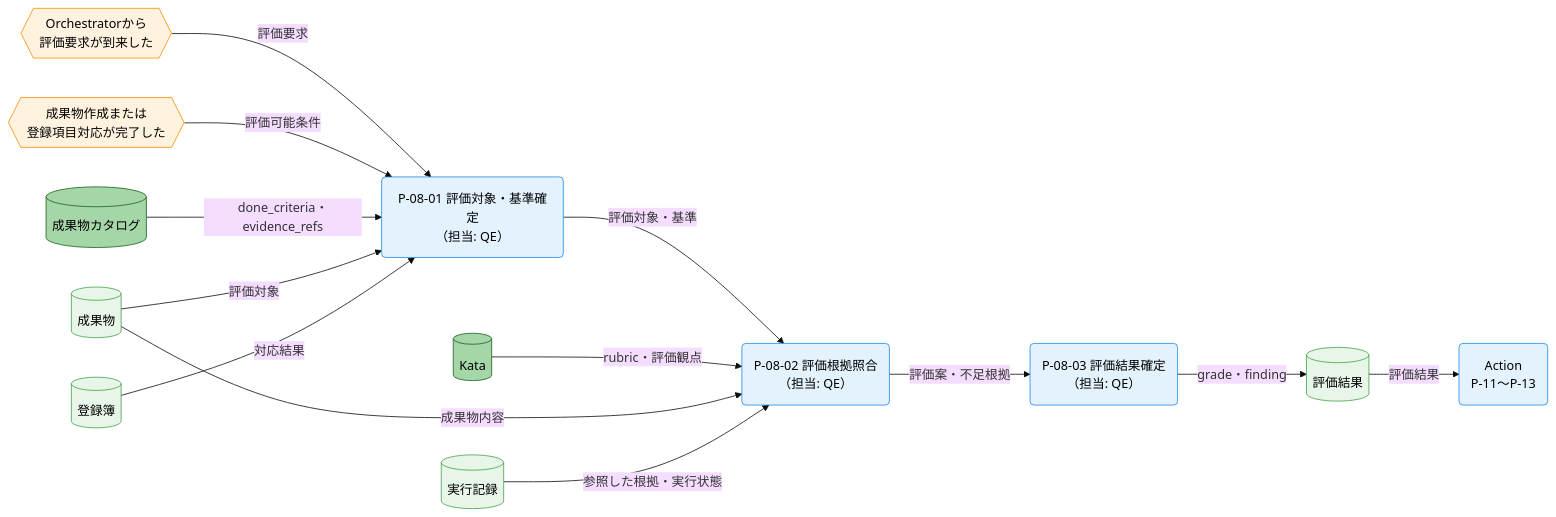
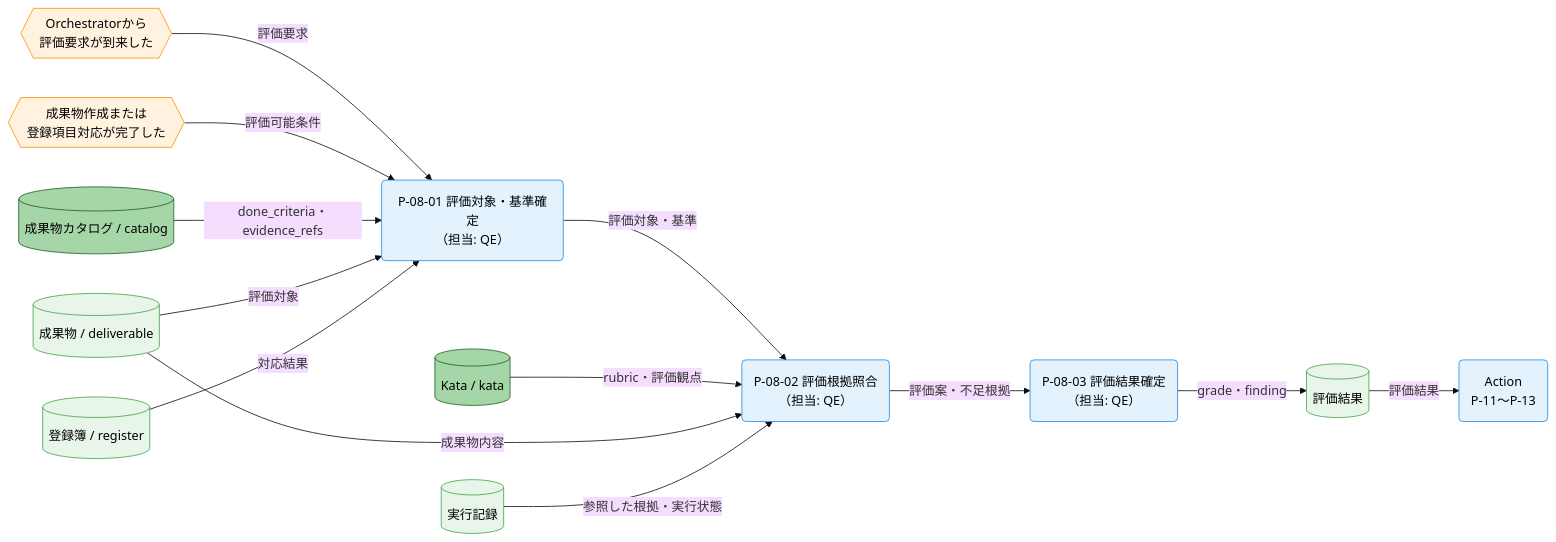
One commit to specdojo/specdojo changed the first of 3 diagrams in docs/ja/product/010-business-specs/010-data-flow/cdfd-check.md. Above: the diagram before and after it, drawn with Mermaid (base theme). The commit also changed other lines of this file and 14 other files, not shown here.

````diff
--- a/docs/ja/product/010-business-specs/010-data-flow/cdfd-check.md
+++ b/docs/ja/product/010-business-specs/010-data-flow/cdfd-check.md
@@ -162,38 +162,38 @@
 ```mermaid
 flowchart LR
   classDef process fill:#e3f2fd,stroke:#1e88e5,color:#000
   classDef event fill:#fff3e0,stroke:#fb8c00,color:#000
   classDef storeMaster fill:#a5d6a7,stroke:#1b5e20,color:#000
   classDef storeTransaction fill:#e8f5e9,stroke:#43a047,color:#000
 
   評価要求{{"Orchestratorから<br>評価要求が到来した"}}
   評価可能{{"成果物作成または<br>登録項目対応が完了した"}}
   評価対象基準確定("P-08-01 評価対象・基準確定<br>（担当: QE）")
   評価根拠照合("P-08-02 評価根拠照合<br>（担当: QE）")
   評価結果確定("P-08-03 評価結果確定<br>（担当: QE）")
-  Kata[("Kata")]
-  成果物カタログ[("成果物カタログ")]
-  成果物[("成果物")]
-  登録簿[("登録簿")]
+  Kata[("Kata / kata")]
+  成果物カタログ[("成果物カタログ / catalog")]
+  成果物[("成果物 / deliverable")]
+  登録簿[("登録簿 / register")]
   実行記録[("実行記録")]
   評価結果[("評価結果")]
   Action("Action<br>P-11〜P-13")
 
   評価要求 -->|"評価要求"| 評価対象基準確定
   評価可能 -->|"評価可能条件"| 評価対象基準確定
   成果物カタログ -->|"done_criteria・evidence_refs"| 評価対象基準確定
   成果物 -->|"評価対象"| 評価対象基準確定
   登録簿 -->|"対応結果"| 評価対象基準確定
   評価対象基準確定 -->|"評価対象・基準"| 評価根拠照合
   Kata -->|"rubric・評価観点"| 評価根拠照合
   成果物 -->|"成果物内容"| 評価根拠照合
   実行記録 -->|"参照した根拠・実行状態"| 評価根拠照合
   評価根拠照合 -->|"評価案・不足根拠"| 評価結果確定
   評価結果確定 -->|"grade・finding"| 評価結果
   評価結果 -->|"評価結果"| Action
 
   class 評価対象基準確定,評価根拠照合,評価結果確定,Action process
   class 評価要求,評価可能 event
   class Kata,成果物カタログ storeMaster
   class 成果物,登録簿,実行記録,評価結果 storeTransaction
 ```
````
